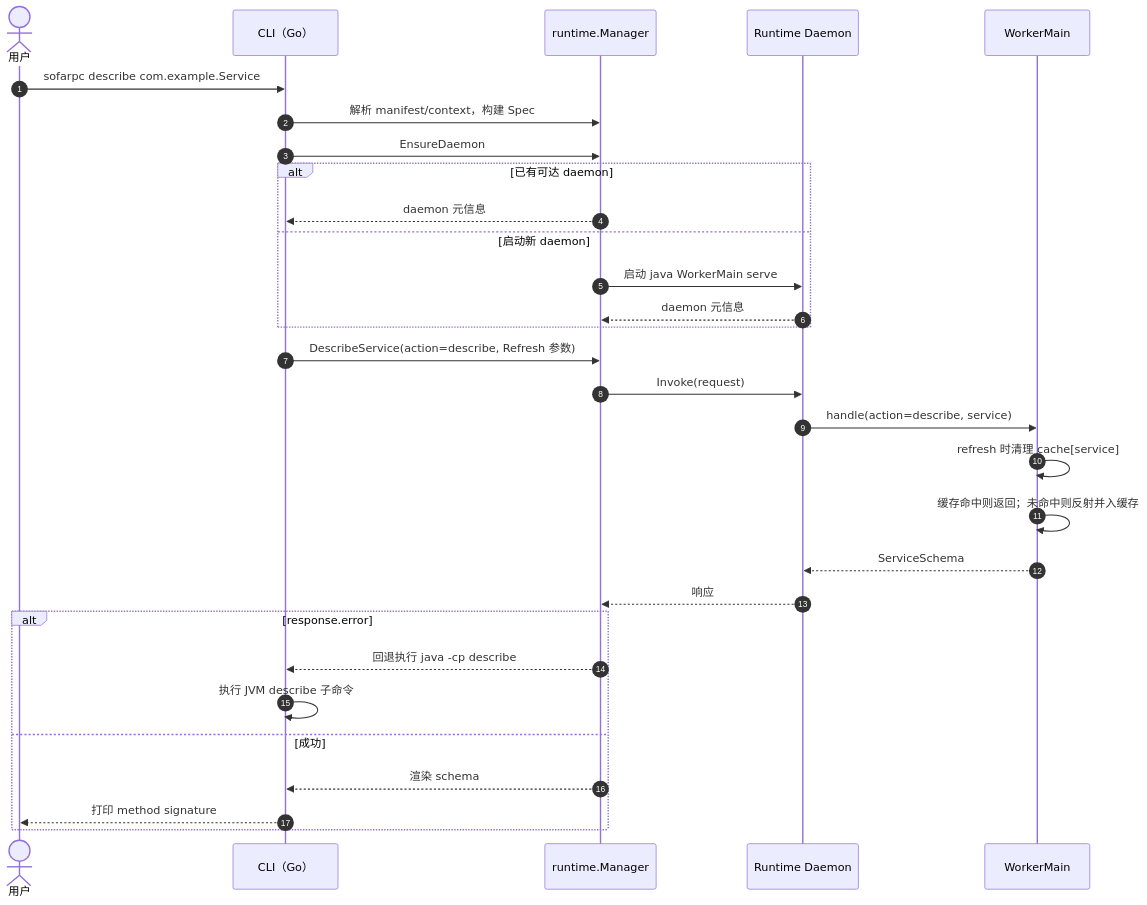
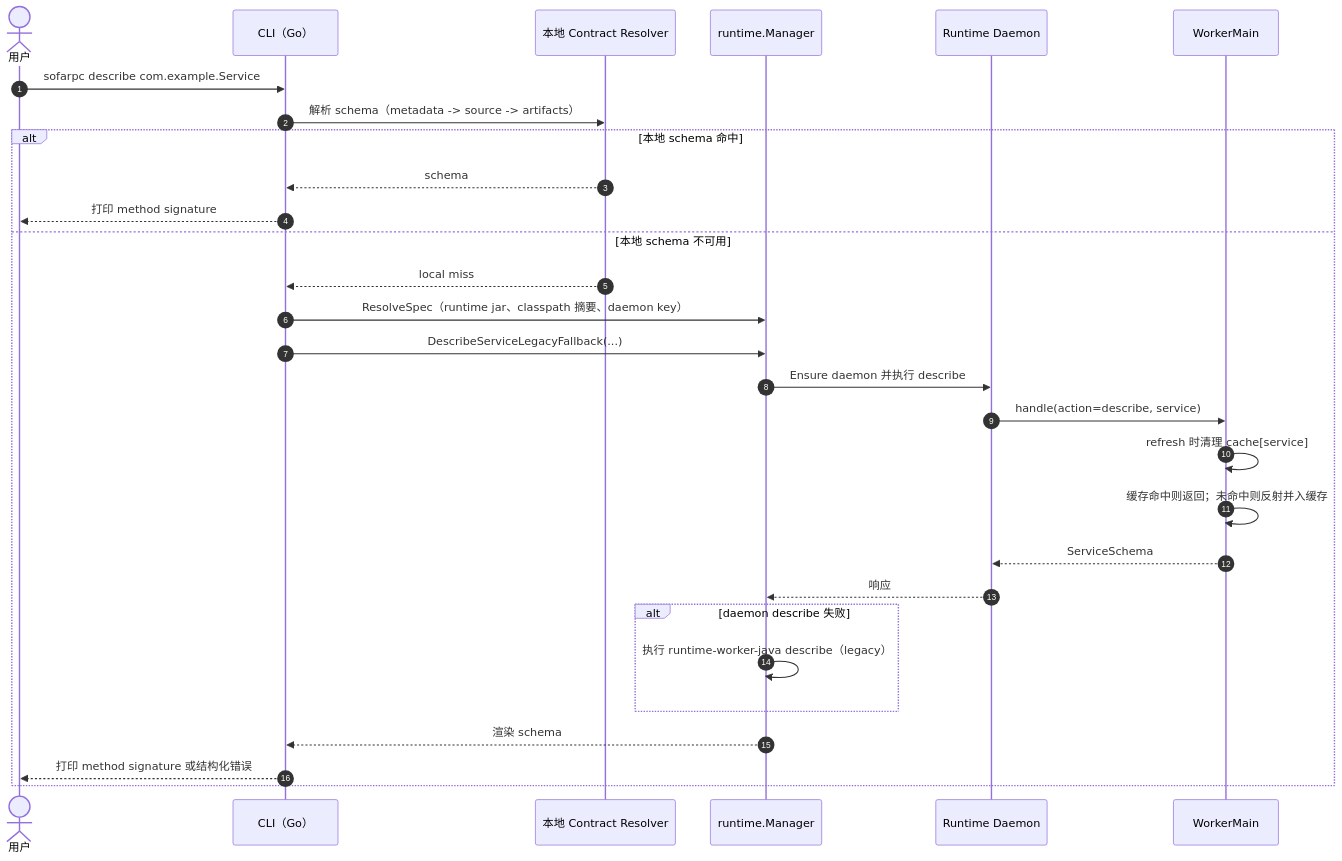
The second of 2 diagrams in docs/usage.zh-CN.md (hex1n/sofarpc-cli), drawn with Mermaid before and after one commit. The commit also changed other lines of this file and 46 other files, not shown here.

````diff
--- a/docs/usage.zh-CN.md
+++ b/docs/usage.zh-CN.md
@@ -382,33 +421,32 @@
 ```mermaid
 sequenceDiagram
     autonumber
     actor U as 用户
     participant C as CLI（Go）
+    participant M as 本地 Contract Resolver
     participant R as runtime.Manager
     participant D as Runtime Daemon
     participant W as WorkerMain
 
     U->>C: sofarpc describe com.example.Service
-    C->>R: 解析 manifest/context，构建 Spec
-    C->>R: EnsureDaemon
-    alt 已有可达 daemon
-        R-->>C: daemon 元信息
-    else 启动新 daemon
-        R->>D: 启动 java WorkerMain serve
-        D-->>R: daemon 元信息
-    end
-    C->>R: DescribeService(action=describe, Refresh 参数)
-    R->>D: Invoke(request)
-    D->>W: handle(action=describe, service)
-    W->>W: refresh 时清理 cache[service]
-    W->>W: 缓存命中则返回；未命中则反射并入缓存
-    W-->>D: ServiceSchema
-    D-->>R: 响应
-    alt response.error
-        R-->>C: 回退执行 java -cp describe
-        C->>C: 执行 JVM describe 子命令
-    else 成功
+    C->>M: 解析 schema（metadata -> source -> artifacts）
+    alt 本地 schema 命中
+        M-->>C: schema
+        C-->>U: 打印 method signature
+    else 本地 schema 不可用
+        M-->>C: local miss
+        C->>R: ResolveSpec（runtime jar、classpath 摘要、daemon key）
+        C->>R: DescribeServiceLegacyFallback(...)
+        R->>D: Ensure daemon 并执行 describe
+        D->>W: handle(action=describe, service)
+        W->>W: refresh 时清理 cache[service]
+        W->>W: 缓存命中则返回；未命中则反射并入缓存
+        W-->>D: ServiceSchema
+        D-->>R: 响应
+        alt daemon describe 失败
+            R->>R: 执行 runtime-worker-java describe（legacy）
+        end
         R-->>C: 渲染 schema
-        C-->>U: 打印 method signature
+        C-->>U: 打印 method signature 或结构化错误
     end
 ```
````
